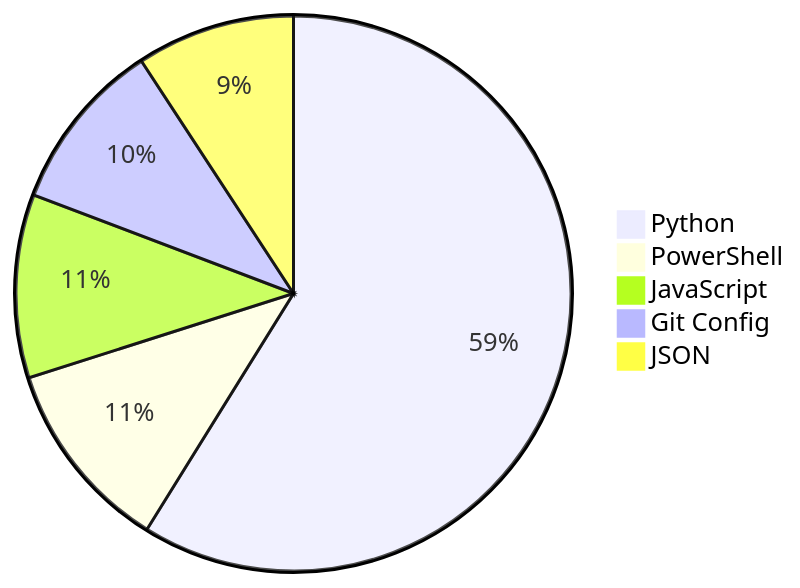
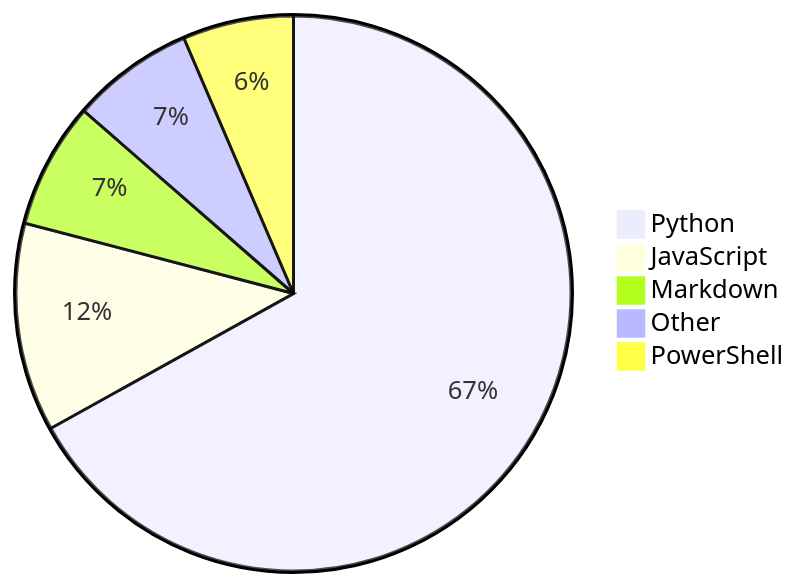
The diagram in README.md (Alicia111/alicia111), drawn with Mermaid before and after one commit.

Commit message:
Update WakaTime stats (・ω・)b

````diff
--- a/README.md
+++ b/README.md
@@ -32,8 +32,8 @@
 ```mermaid
 pie
-    "Python" : 56.1
-    "PowerShell" : 10.72
-    "JavaScript" : 10.18
-    "Git Config" : 9.54
-    "JSON" : 8.79
+    "Python" : 64.74
+    "JavaScript" : 11.75
+    "Markdown" : 7.09
+    "Other" : 6.91
+    "PowerShell" : 6.24
 ```
````
